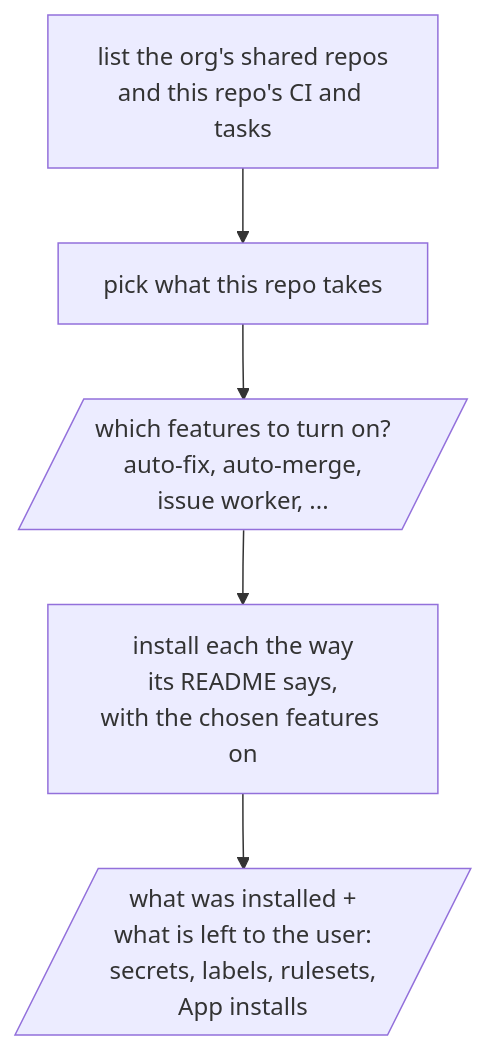
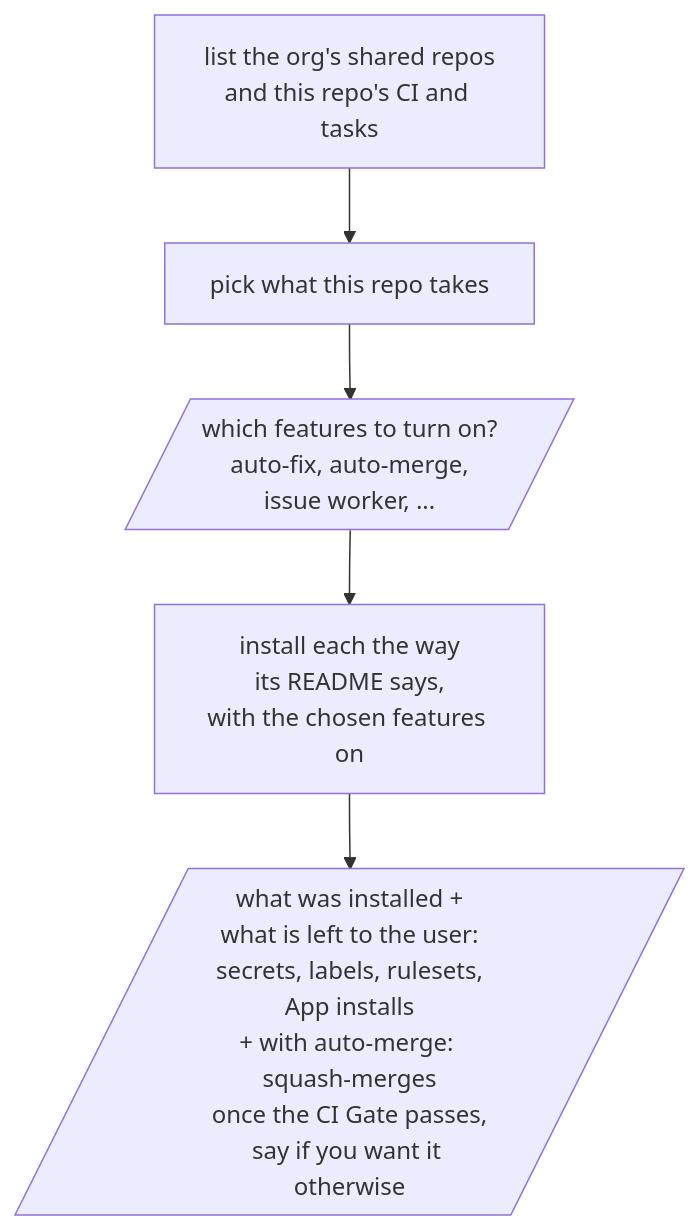
One commit to omni-stove/skill-kit changed the diagram in shared/skills/automation/README.md. Above: the diagram before and after it, drawn with Mermaid. The commit also changed 2 other files, not shown here.

Commit message:
Have automation tell the user how auto-merge merges: with auto-merge on, it squash-merges a PR once the CI Gate passes, so next.txt now tells the user that and to say so if they want it otherwise, and the READMEs show it in what the user gets Co-Authored-By: Claude Opus 5.5 <noreply@anthropic.com> Claude-Session: https://claude.ai/code/session_0118w5k5oxgv4i7sy2CWCfED

````diff
--- a/shared/skills/automation/README.md
+++ b/shared/skills/automation/README.md
@@ -3,8 +3,8 @@
 ```mermaid
 flowchart TD
   list[list the org's shared repos<br/>and this repo's CI and tasks]
   list --> pick[pick what this repo takes]
   pick --> ask[/"which features to turn on?<br/>auto-fix, auto-merge,<br/>issue worker, ..."/]
   ask --> install[install each the way<br/>its README says,<br/>with the chosen features on]
-  install --> done[/"what was installed +<br/>what is left to the user:<br/>secrets, labels, rulesets,<br/>App installs"/]
+  install --> done[/"what was installed +<br/>what is left to the user:<br/>secrets, labels, rulesets,<br/>App installs<br/>+ with auto-merge: squash-merges<br/>once the CI Gate passes,<br/>say if you want it otherwise"/]
 ```
````
